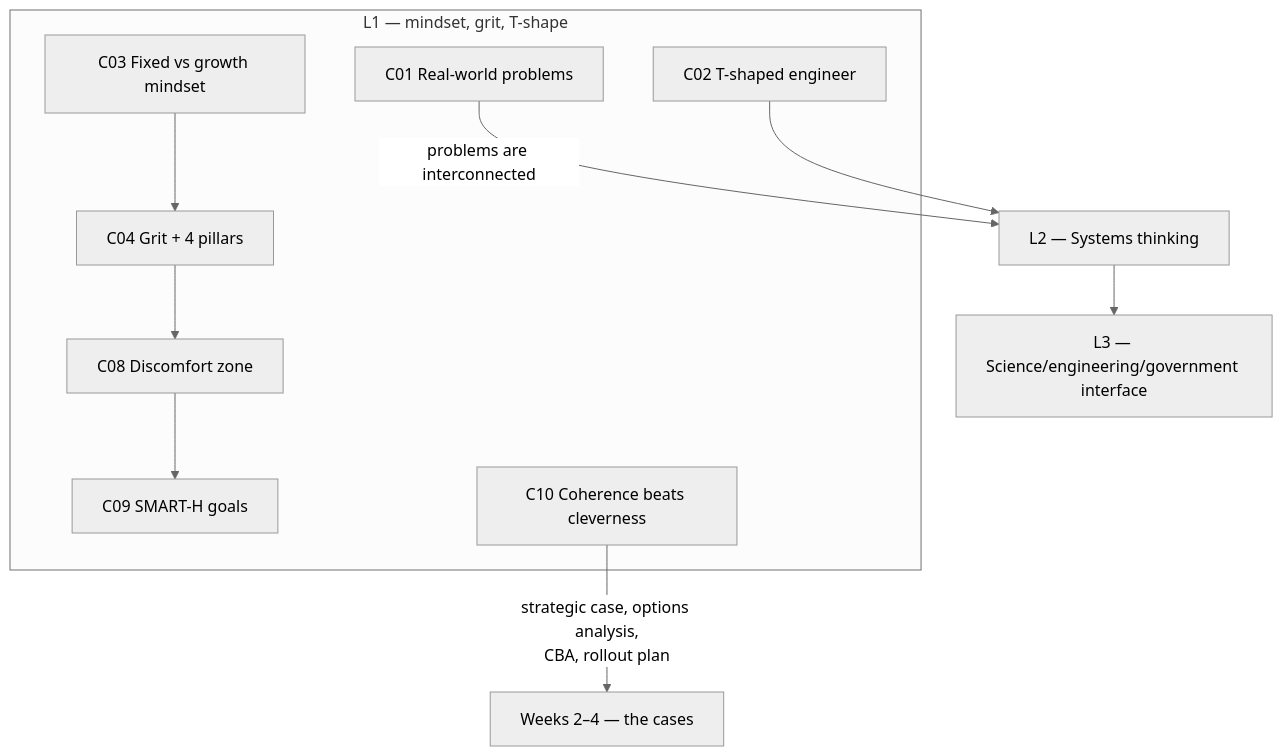
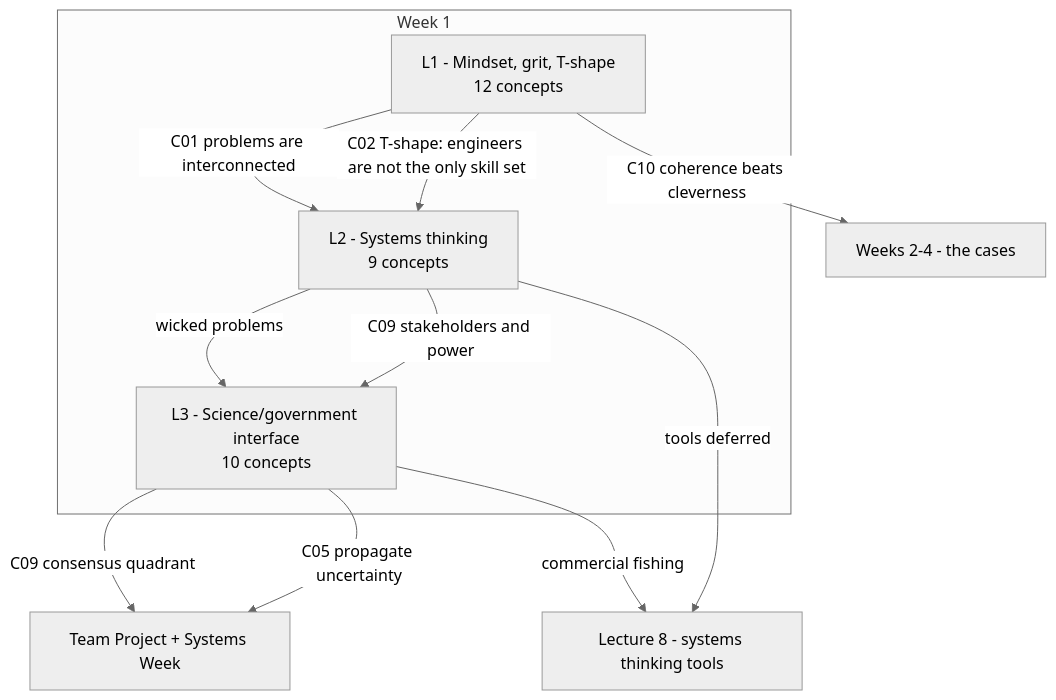
Before and after one commit to ZingZing001/uni-study: the diagram in Sem2/ENGGEN403/course-context/syllabus-map.md, drawn with Mermaid (neutral theme). The commit also changed other lines of this file and 14 other files, not shown here.

````diff
--- a/Sem2/ENGGEN403/course-context/syllabus-map.md
+++ b/Sem2/ENGGEN403/course-context/syllabus-map.md
@@ -7,17 +13,17 @@
 ```mermaid
 graph TD
-    subgraph L1[L1 — mindset, grit, T-shape]
-      A[C01 Real-world problems]
-      B[C02 T-shaped engineer]
-      C[C03 Fixed vs growth mindset]
-      D[C04 Grit + 4 pillars]
-      E[C08 Discomfort zone]
-      F[C09 SMART-H goals]
-      G[C10 Coherence beats cleverness]
+    subgraph W1[Week 1]
+      L1[L1 - Mindset, grit, T-shape<br/>12 concepts]
+      L2[L2 - Systems thinking<br/>9 concepts]
+      L3[L3 - Science/government interface<br/>10 concepts]
     end
-    A -->|problems are interconnected| L2[L2 — Systems thinking]
-    G -->|strategic case, options analysis,<br/>CBA, rollout plan| LATER[Weeks 2–4 — the cases]
-    B --> L2
-    C --> D --> E --> F
-    L2 --> L3[L3 — Science/engineering/government interface]
+    L1 -->|C01 problems are interconnected| L2
+    L1 -->|C02 T-shape: engineers are not the only skill set| L2
+    L2 -->|wicked problems| L3
+    L2 -->|C09 stakeholders and power| L3
+    L3 -->|C09 consensus quadrant| PROJ[Team Project + Systems Week]
+    L3 -->|C05 propagate uncertainty| PROJ
+    L1 -->|C10 coherence beats cleverness| CASES[Weeks 2-4 - the cases]
+    L2 -->|tools deferred| L8[Lecture 8 - systems thinking tools]
+    L3 -->|commercial fishing| L8
 ```
````
